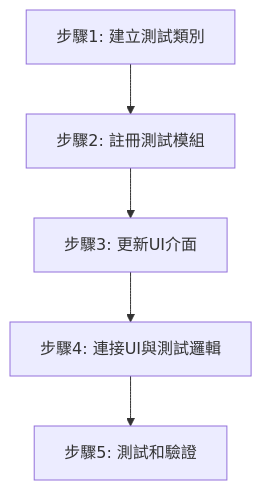
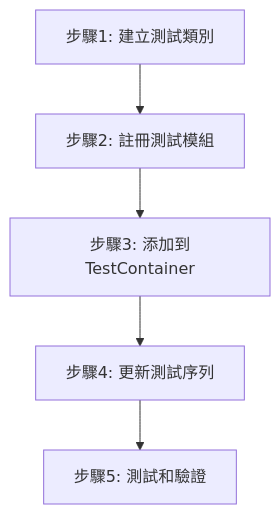
The tenth of 10 diagrams in orion_developer_document.md (MingYuan-Chen/orion_v2), drawn with Mermaid before and after one commit. The commit also changed other lines of this file and 6 other files, not shown here.

Commit message:
refactor test manager flow to simplify add new module steps

````diff
--- a/orion_developer_document.md
+++ b/orion_developer_document.md
@@ -453,13 +453,13 @@
 ```mermaid
 graph TD
     A[步驟1: 建立測試類別]
     B[步驟2: 註冊測試模組]
-    C[步驟3: 更新UI介面]
-    D[步驟4: 連接UI與測試邏輯]
+    C[步驟3: 添加到TestContainer]
+    D[步驟4: 更新測試序列]
     E[步驟5: 測試和驗證]
     
     A --> B
     B --> C
     C --> D
     D --> E
 ```
````
